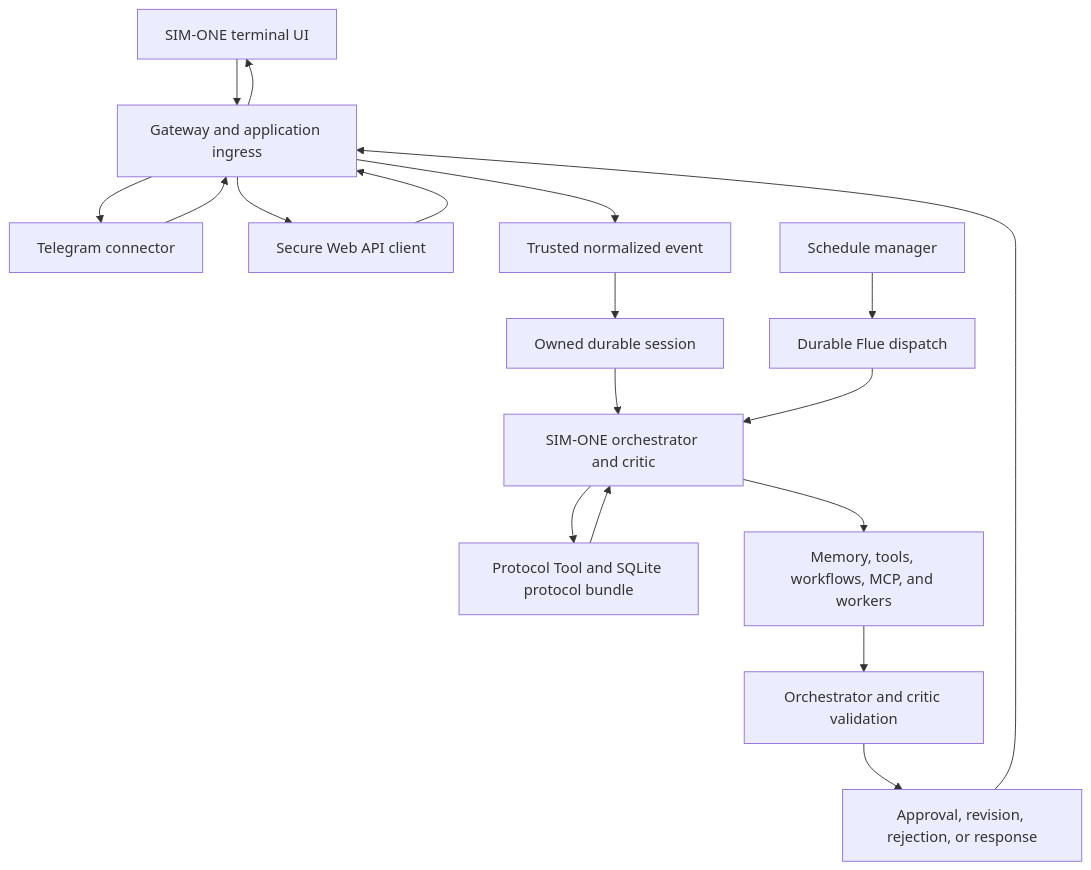
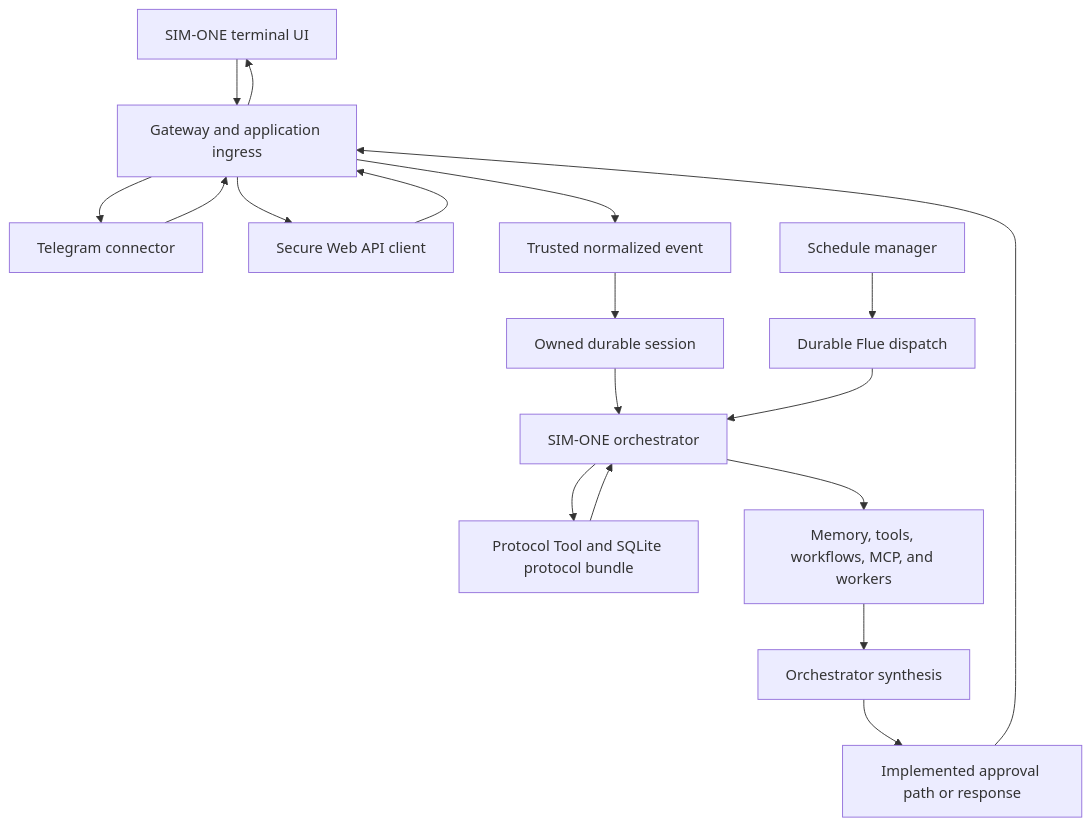
The diagram in docs/architecture/product-flow.md (dansasser/astro-flue-agent), drawn with Mermaid before and after one commit. The commit also changed other lines of this file and 23 other files, not shown here.

````diff
--- a/docs/architecture/product-flow.md
+++ b/docs/architecture/product-flow.md
@@ -36,25 +37,25 @@
 ```mermaid
 flowchart TD
     TUI["SIM-ONE terminal UI"]
     Telegram["Telegram connector"]
     API["Secure Web API client"]
     Schedule["Schedule manager"]
 
     TUI --> Gateway["Gateway and application ingress"]
     Telegram --> Gateway
     API --> Gateway
     Schedule --> Dispatch["Durable Flue dispatch"]
     Gateway --> Event["Trusted normalized event"]
     Event --> Session["Owned durable session"]
-    Session --> Orchestrator["SIM-ONE orchestrator and critic"]
+    Session --> Orchestrator["SIM-ONE orchestrator"]
     Dispatch --> Orchestrator
     Orchestrator --> Protocols["Protocol Tool and SQLite protocol bundle"]
     Protocols --> Orchestrator
     Orchestrator --> Capabilities["Memory, tools, workflows, MCP, and workers"]
-    Capabilities --> Validation["Orchestrator and critic validation"]
-    Validation --> Outcome["Approval, revision, rejection, or response"]
+    Capabilities --> Validation["Orchestrator synthesis"]
+    Validation --> Outcome["Implemented approval path or response"]
     Outcome --> Gateway
     Gateway --> TUI
     Gateway --> Telegram
     Gateway --> API
 ```
````
